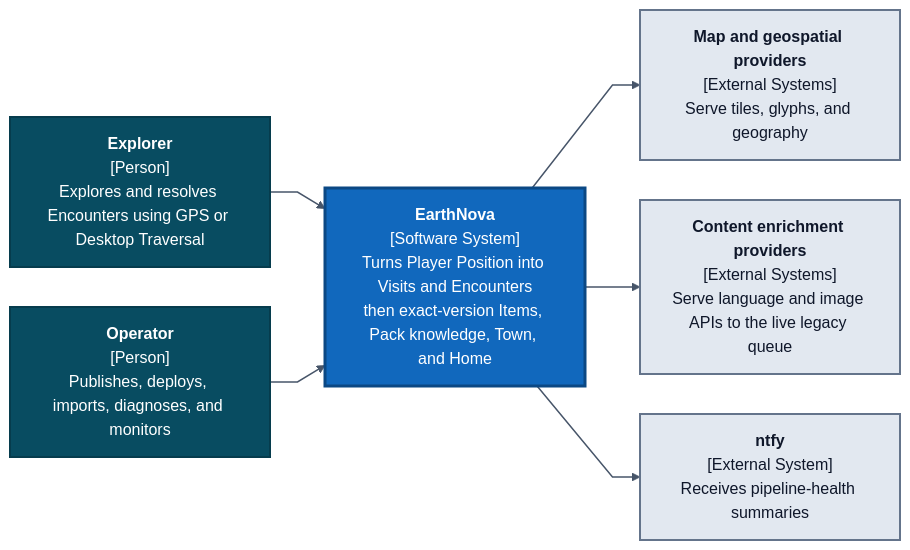
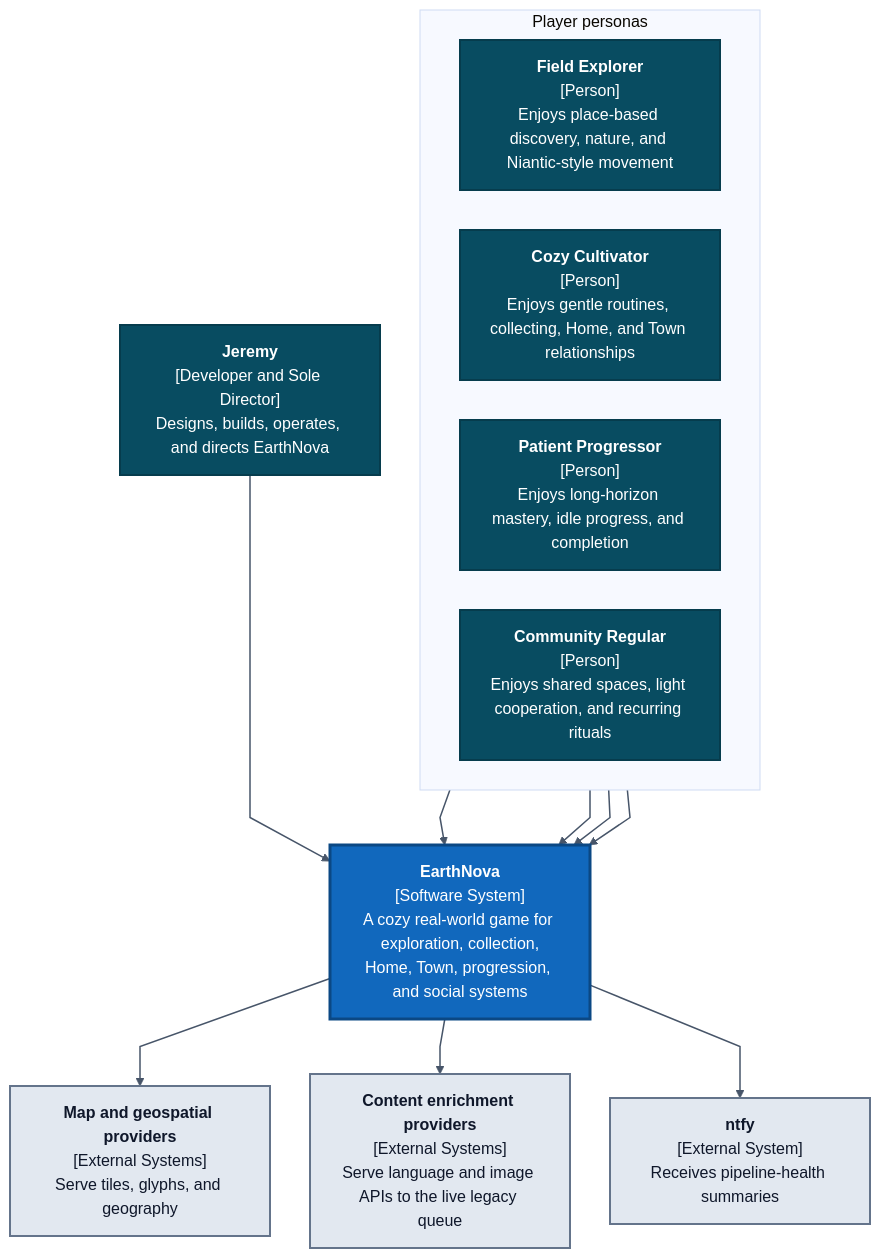
Before and after one commit to JMLegere/geo-app: the diagram in docs/c4/01-system-context.mmd, drawn with Mermaid. The commit also changed 31 other files, not shown here.

```diff
--- a/docs/c4/01-system-context.mmd
+++ b/docs/c4/01-system-context.mmd
@@ -1,23 +1,32 @@
 %% GENERATED by scripts/generate_c4_diagrams.py — do not edit.
 %%{init: {'theme': 'base', 'themeVariables': {'background': '#ffffff', 'primaryTextColor': '#0f172a', 'lineColor': '#475569', 'fontFamily': 'Arial, sans-serif', 'edgeLabelBackground': '#ffffff', 'actorLineColor': '#64748b', 'signalColor': '#334155', 'labelBoxBorderColor': '#475569', 'labelTextColor': '#0f172a', 'loopLineColor': '#64748b', 'loopTextColor': '#0f172a'}, 'sequence': {'mirrorActors': false, 'diagramMarginX': 30, 'diagramMarginY': 20, 'actorMargin': 40, 'messageMargin': 35}, 'flowchart': {'curve': 'linear', 'nodeSpacing': 40, 'rankSpacing': 55}}}%%
-flowchart LR
-    explorer["<b>Explorer</b><br/>[Person]<br/>Explores and resolves Encounters using GPS or Desktop Traversal"]
-    operator["<b>Operator</b><br/>[Person]<br/>Publishes, deploys, imports, diagnoses, and monitors"]
-    earthnova["<b>EarthNova</b><br/>[Software System]<br/>Turns Player Position into Visits and Encounters<br/>then exact-version Items, Pack knowledge, Town, and Home"]
+flowchart TB
+    subgraph players["Player personas"]
+        direction LR
+        field["<b>Field Explorer</b><br/>[Person]<br/>Enjoys place-based discovery, nature, and Niantic-style movement"]
+        cozy["<b>Cozy Cultivator</b><br/>[Person]<br/>Enjoys gentle routines, collecting, Home, and Town relationships"]
+        progress["<b>Patient Progressor</b><br/>[Person]<br/>Enjoys long-horizon mastery, idle progress, and completion"]
+        community["<b>Community Regular</b><br/>[Person]<br/>Enjoys shared spaces, light cooperation, and recurring rituals"]
+    end
+    jeremy["<b>Jeremy</b><br/>[Developer and Sole Director]<br/>Designs, builds, operates, and directs EarthNova"]
+    earthnova["<b>EarthNova</b><br/>[Software System]<br/>A cozy real-world game for exploration, collection,<br/>Home, Town, progression, and social systems"]
     maps["<b>Map and geospatial providers</b><br/>[External Systems]<br/>Serve tiles, glyphs, and geography"]
     enrichment["<b>Content enrichment providers</b><br/>[External Systems]<br/>Serve language and image APIs to the live legacy queue"]
     ntfy["<b>ntfy</b><br/>[External System]<br/>Receives pipeline-health summaries"]
 
-    explorer --> earthnova
-    operator --> earthnova
+    field --> earthnova
+    cozy --> earthnova
+    progress --> earthnova
+    community --> earthnova
+    jeremy --> earthnova
     earthnova --> maps
     earthnova --> enrichment
     earthnova --> ntfy
 
-    class explorer,operator person
+    class field,cozy,progress,community,jeremy person
     class earthnova system
     class maps,enrichment,ntfy external
     classDef person fill:#084c61,color:#ffffff,stroke:#063c4d,stroke-width:2px;
     classDef system fill:#1168bd,color:#ffffff,stroke:#0b4884,stroke-width:3px;
     classDef external fill:#e2e8f0,color:#0f172a,stroke:#64748b,stroke-width:2px;
     linkStyle default stroke:#475569,color:#0f172a,stroke-width:1.5px;
```
